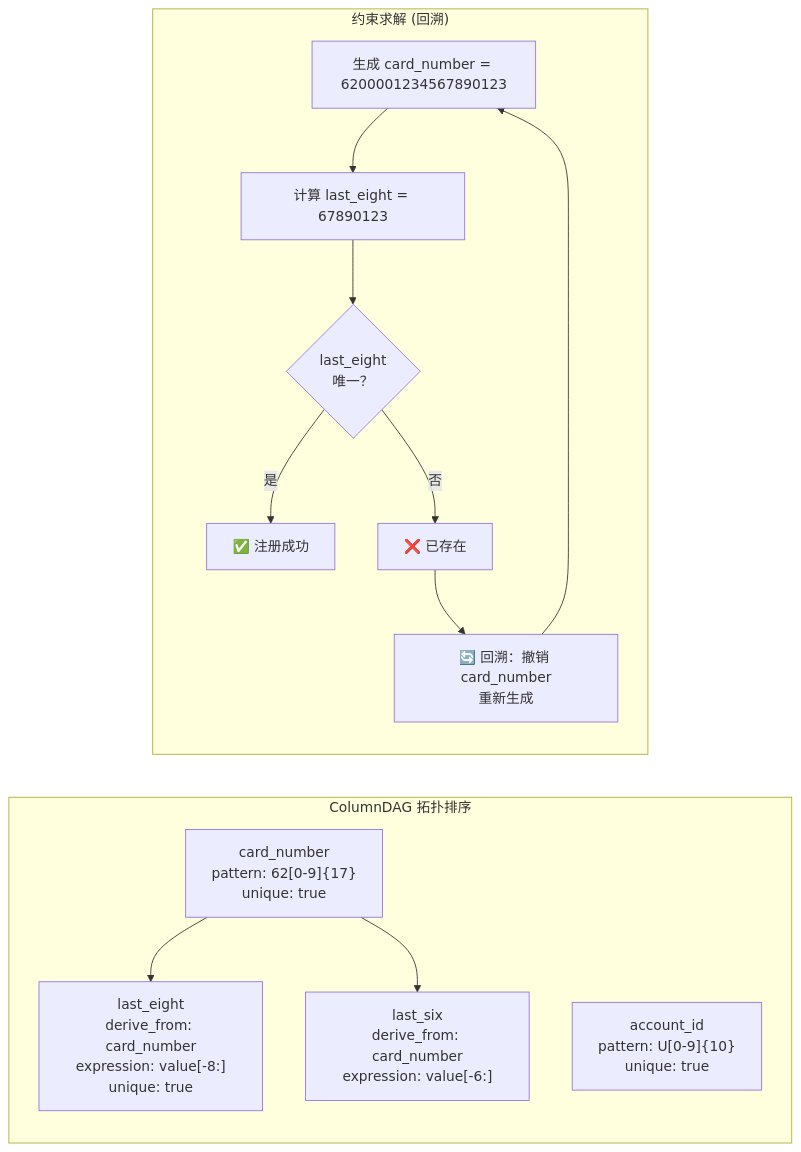
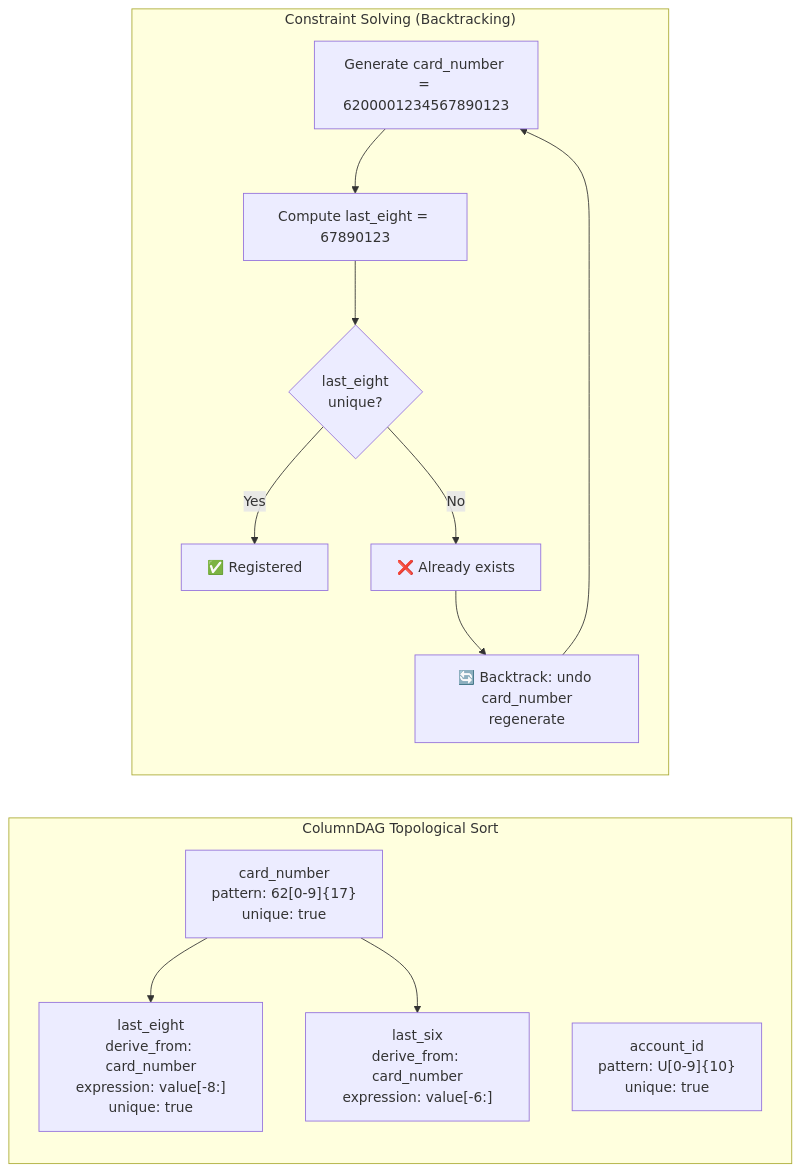
Before and after one commit to sunbos/sqlseed: the sixth of 10 diagrams in docs/architecture.md, drawn with Mermaid. The commit also changed other lines of this file and 23 other files, not shown here.

````diff
--- a/docs/architecture.md
+++ b/docs/architecture.md
@@ -386,26 +391,26 @@
 ```mermaid
 flowchart LR
-    subgraph DAG["ColumnDAG 拓扑排序"]
+    subgraph DAG["ColumnDAG Topological Sort"]
         card_number["card_number<br/>pattern: 62[0-9]{17}<br/>unique: true"]
         CutCard4["last_eight<br/>derive_from: card_number<br/>expression: value[-8:]<br/>unique: true"]
         CutCard3["last_six<br/>derive_from: card_number<br/>expression: value[-6:]"]
         account_id["account_id<br/>pattern: U[0-9]{10}<br/>unique: true"]
     end
 
     card_number --> CutCard4
     card_number --> CutCard3
 
-    subgraph Backtrack["约束求解 (回溯)"]
+    subgraph Backtrack["Constraint Solving (Backtracking)"]
         direction TB
-        Gen1["生成 card_number = 6200001234567890123"]
-        Derive1["计算 last_eight = 67890123"]
-        Check1{"last_eight<br/>唯一？"}
-        Success["✅ 注册成功"]
-        Fail["❌ 已存在"]
-        BT["🔄 回溯：撤销 card_number<br/>重新生成"]
+        Gen1["Generate card_number = 6200001234567890123"]
+        Derive1["Compute last_eight = 67890123"]
+        Check1{"last_eight<br/>unique?"}
+        Success["✅ Registered"]
+        Fail["❌ Already exists"]
+        BT["🔄 Backtrack: undo card_number<br/>regenerate"]
 
         Gen1 --> Derive1 --> Check1
-        Check1 -->|是| Success
-        Check1 -->|否| Fail --> BT --> Gen1
+        Check1 -->|Yes| Success
+        Check1 -->|No| Fail --> BT --> Gen1
     end
 ```
````
